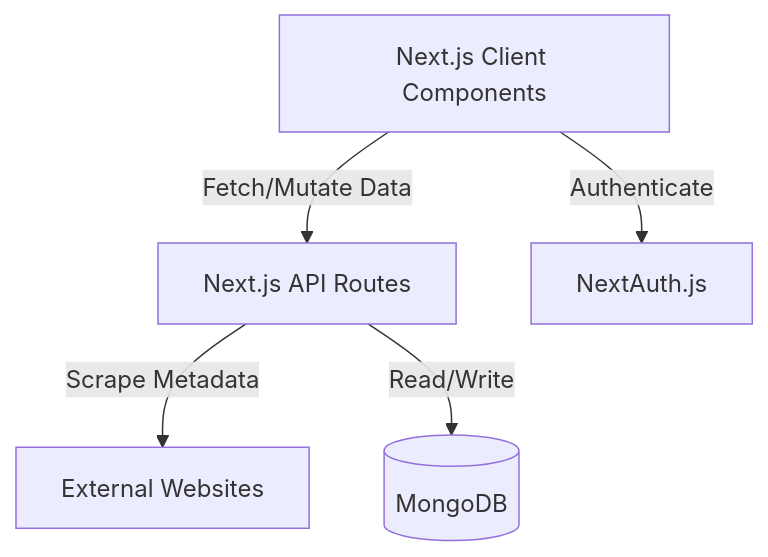
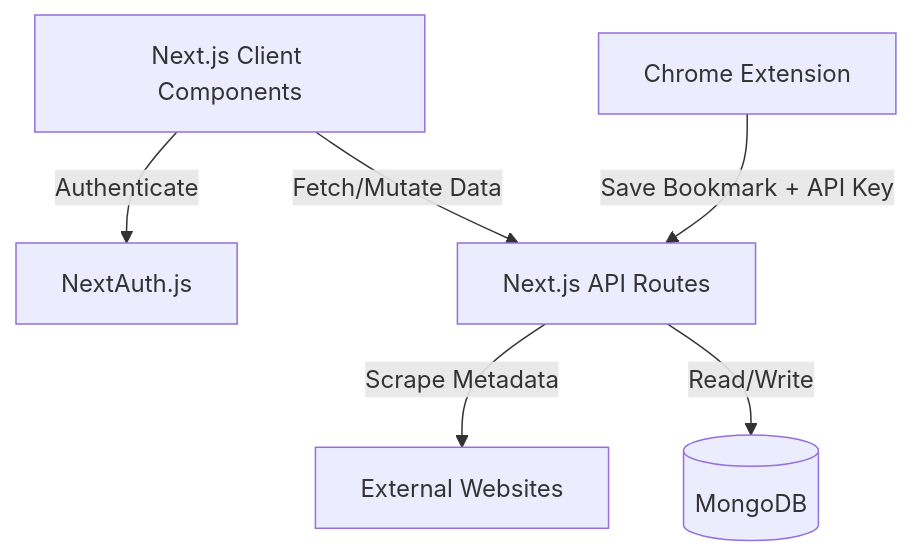
Before and after one commit to krishnasikheriya/LinkStash: the diagram in README.md, drawn with Mermaid. The commit also changed other lines of this file and 12 other files, not shown here.

````diff
--- a/README.md
+++ b/README.md
@@ -33,13 +34,15 @@
 ```mermaid
 graph TD
     Client[Next.js Client Components]
     ServerAPI[Next.js API Routes]
     Auth[NextAuth.js]
     DB[(MongoDB)]
     Ext[External Websites]
+    Chrome[Chrome Extension]
 
     Client -- Authenticate --> Auth
     Client -- Fetch/Mutate Data --> ServerAPI
     ServerAPI -- Scrape Metadata --> Ext
     ServerAPI -- Read/Write --> DB
+    Chrome -- Save Bookmark + API Key --> ServerAPI
 ```
````
